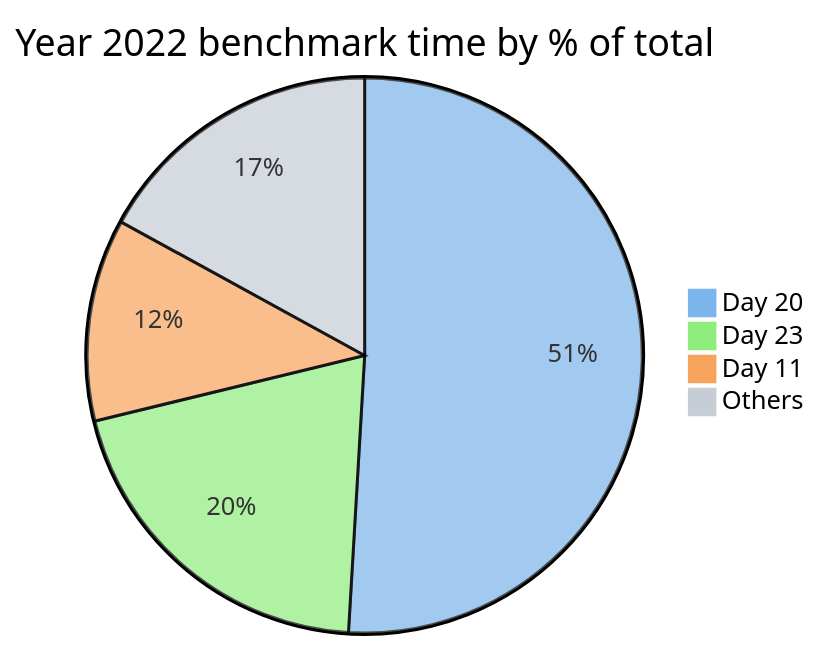
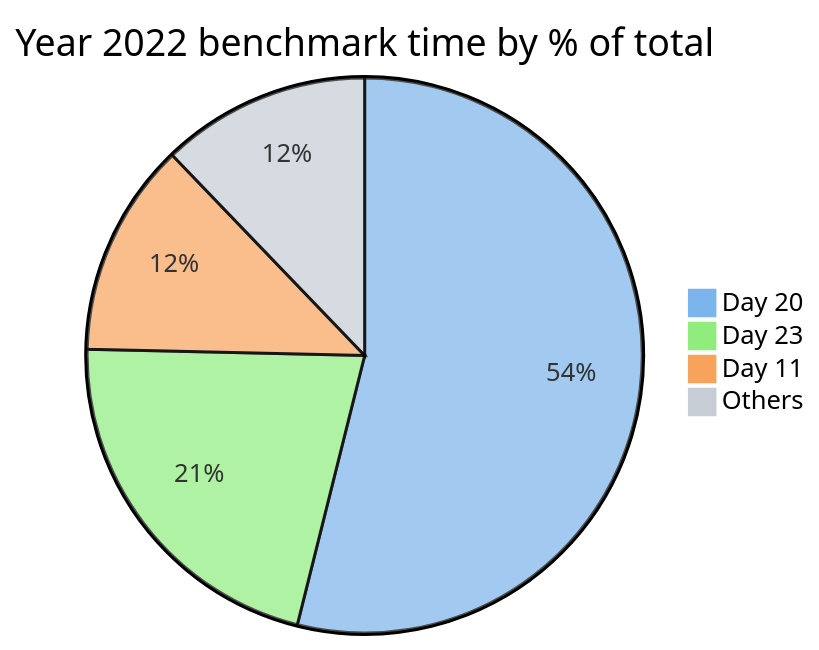
The second of 7 diagrams in README.md (maneatingape/advent-of-code-rust), drawn with Mermaid before and after one commit. The commit also changed other lines of this file and 1 other file, not shown here.

Commit message:
Much faster approach
* DFS instead of BFS
* Apply heuristic for part two
* Find disjoint sets faster

````diff
--- a/README.md
+++ b/README.md
@@ -81,9 +81,9 @@
 ```mermaid
 %%{init: {"themeVariables": { "pie1": "#7cb5ec", "pie2": "#90ed7d", "pie3": "#f7a35c", "pie4": "#c6cdd5"}}}%%
 pie
     title Year 2022 benchmark time by % of total
     "Day 20" : 5067
     "Day 23" : 2017
     "Day 11" : 1172
-    "Others" : 1693
+    "Others" : 1145
 ```
````
